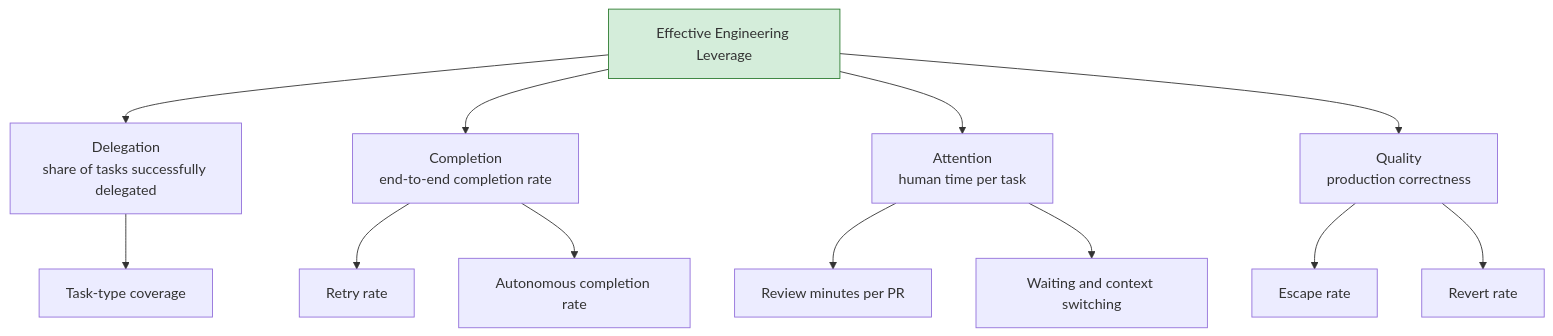
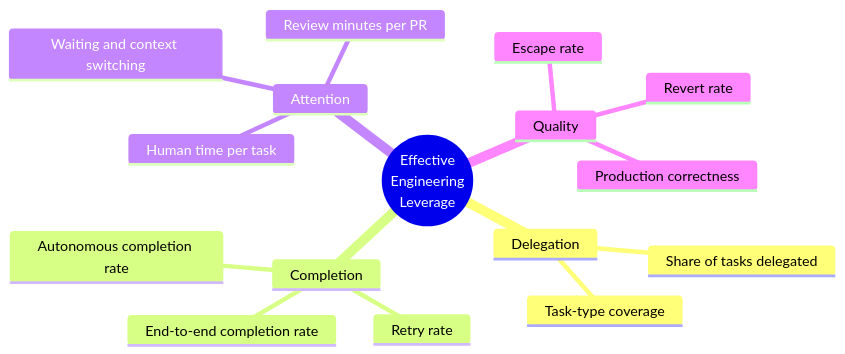
One commit to fantasybz/medium-articles changed the second of 3 diagrams in 2026-11-agentic-eval-economics/article.en.md. Above: the diagram before and after it, drawn with Mermaid. The commit also changed other lines of this file and 26 other files, not shown here.

First line of the commit message:
Redraw the remaining wide and tall diagrams across all four articles

````diff
--- a/2026-11-agentic-eval-economics/article.en.md
+++ b/2026-11-agentic-eval-economics/article.en.md
@@ -116,15 +119,19 @@
 ```mermaid
-flowchart TD
-    NS["Effective Engineering Leverage"] --> A["Delegation<br/>share of tasks successfully delegated"]
-    NS --> B["Completion<br/>end-to-end completion rate"]
-    NS --> C["Attention<br/>human time per task"]
-    NS --> D["Quality<br/>production correctness"]
-    A --> A1["Task-type coverage"]
-    B --> B1["Retry rate"]
-    B --> B2["Autonomous completion rate"]
-    C --> C1["Review minutes per PR"]
-    C --> C2["Waiting and context switching"]
-    D --> D1["Escape rate"]
-    D --> D2["Revert rate"]
-    style NS fill:#d4edda,stroke:#2e7d32
+mindmap
+  root((Effective<br/>Engineering<br/>Leverage))
+    Delegation
+      Share of tasks delegated
+      Task-type coverage
+    Completion
+      End-to-end completion rate
+      Retry rate
+      Autonomous completion rate
+    Attention
+      Human time per task
+      Review minutes per PR
+      Waiting and context switching
+    Quality
+      Production correctness
+      Escape rate
+      Revert rate
 ```
````
